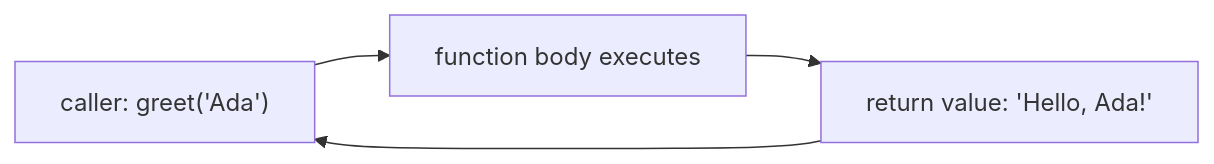
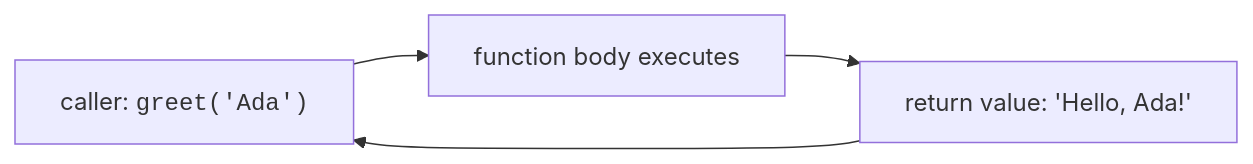
The diagram in content/learn/python-basics/functions.mdx (dataslope/dataslope), drawn with Mermaid before and after one commit. The commit also changed 153 other files, not shown here.

First line of the commit message:
Render code-only mermaid shapes in monospace; convert step sequences to Steps

````diff
--- a/content/learn/python-basics/functions.mdx
+++ b/content/learn/python-basics/functions.mdx
@@ -46,6 +46,6 @@
 ```mermaid
 flowchart LR
-    A["caller: greet('Ada')"] --> B["function body executes"]
+    A["caller: <code>greet('Ada')</code>"] --> B["function body executes"]
     B --> C["return value: 'Hello, Ada!'"]
     C --> A
 ```
````
